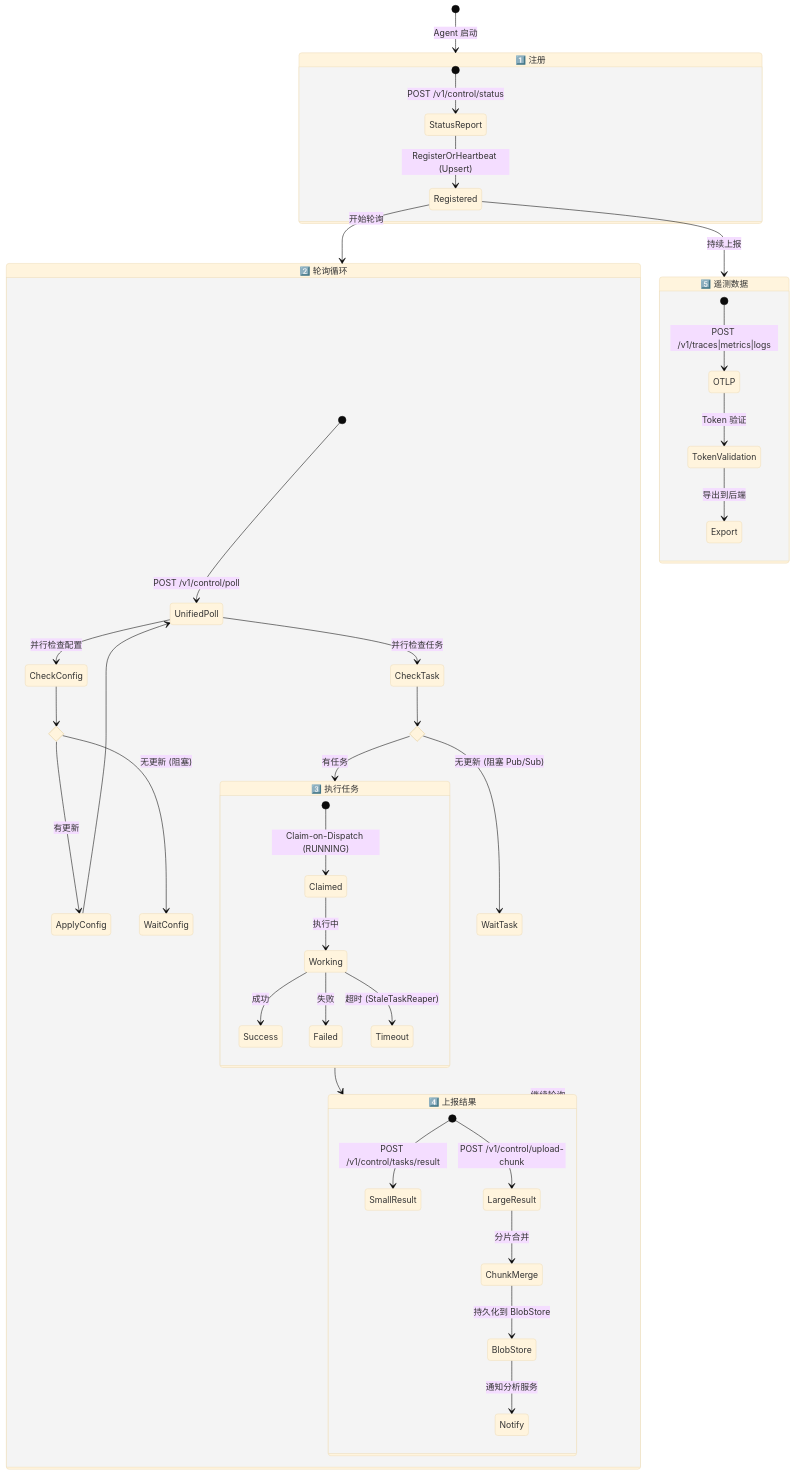
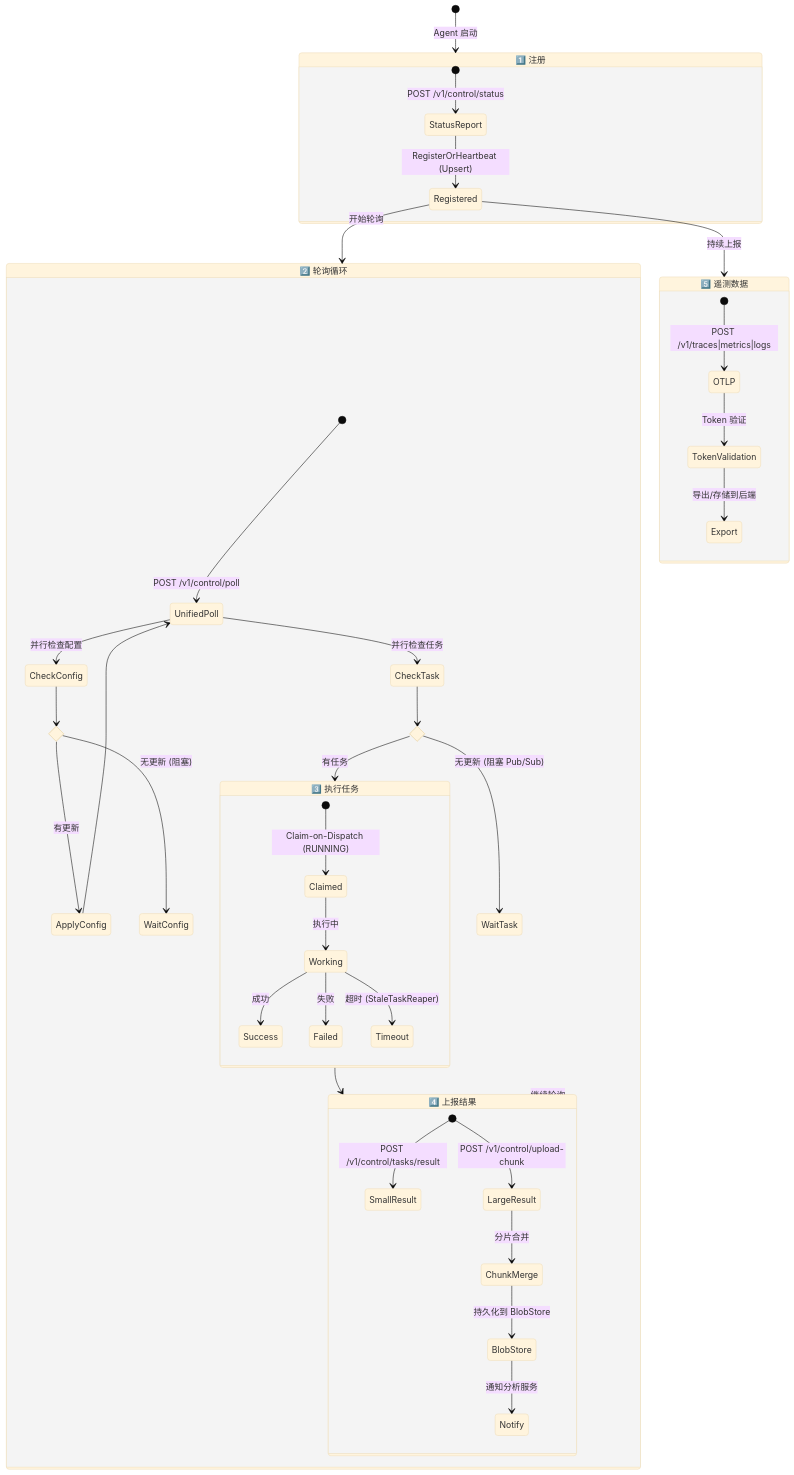
One commit to junjiewwang/custom-opentelemetry-collector changed diagram 11 of 11 in README.md. Above: the diagram before and after it, drawn with Mermaid (base theme). The commit also changed other lines of this file, not shown here.

````diff
--- a/README.md
+++ b/README.md
@@ -616,55 +617,55 @@
 ```mermaid
 stateDiagram-v2
     [*] --> Registering: Agent 启动
 
     state "1️⃣ 注册" as Registering {
         [*] --> StatusReport: POST /v1/control/status
         StatusReport --> Registered: RegisterOrHeartbeat (Upsert)
     }
 
     Registered --> Polling: 开始轮询
 
     state "2️⃣ 轮询循环" as Polling {
         [*] --> UnifiedPoll: POST /v1/control/poll
         UnifiedPoll --> CheckConfig: 并行检查配置
         UnifiedPoll --> CheckTask: 并行检查任务
 
         state configResult <<choice>>
         CheckConfig --> configResult
         configResult --> ApplyConfig: 有更新
         configResult --> WaitConfig: 无更新 (阻塞)
         ApplyConfig --> UnifiedPoll
 
         state taskResult <<choice>>
         CheckTask --> taskResult
         taskResult --> ExecuteTask: 有任务
         taskResult --> WaitTask: 无更新 (阻塞 Pub/Sub)
         ExecuteTask --> ReportResult
     }
 
     state "3️⃣ 执行任务" as ExecuteTask {
         [*] --> Claimed: Claim-on-Dispatch (RUNNING)
         Claimed --> Working: 执行中
         Working --> Success: 成功
         Working --> Failed: 失败
         Working --> Timeout: 超时 (StaleTaskReaper)
     }
 
     state "4️⃣ 上报结果" as ReportResult {
         [*] --> SmallResult: POST /v1/control/tasks/result
         [*] --> LargeResult: POST /v1/control/upload-chunk
         LargeResult --> ChunkMerge: 分片合并
         ChunkMerge --> BlobStore: 持久化到 BlobStore
         BlobStore --> Notify: 通知分析服务
     }
 
     ReportResult --> Polling: 继续轮询
 
     state "5️⃣ 遥测数据" as Telemetry {
         [*] --> OTLP: POST /v1/traces|metrics|logs
         OTLP --> TokenValidation: Token 验证
-        TokenValidation --> Export: 导出到后端
+        TokenValidation --> Export: 导出/存储到后端
     }
 
     Registered --> Telemetry: 持续上报
 ```
````
